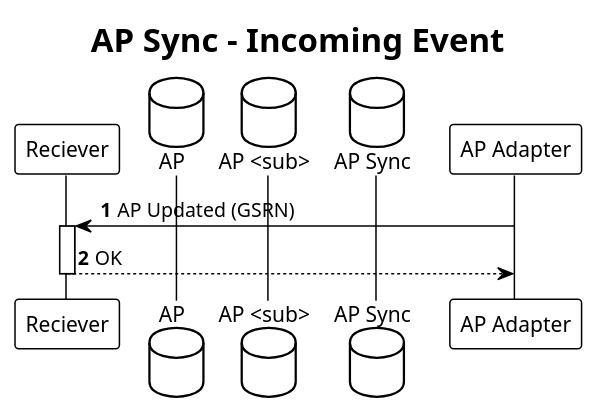
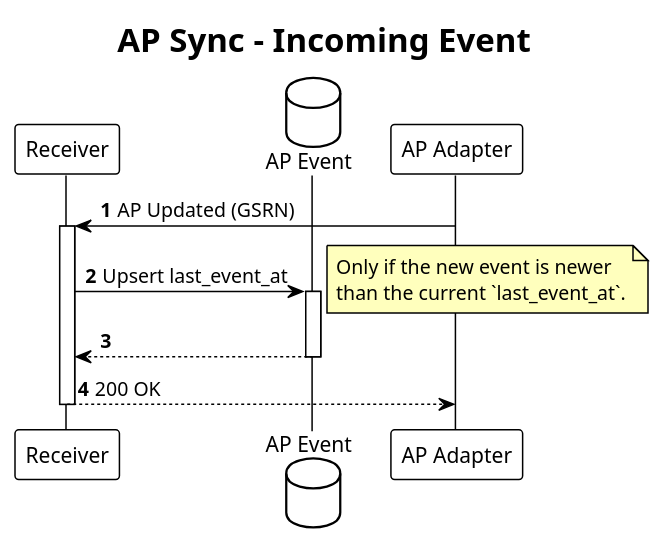
The diagram in docs/diagrams/accounting-point-sync-incoming-event.plantuml (elhub/flex-information-system), drawn with PlantUML before and after one commit. The commit also changed 9 other files, not shown here.

```diff
--- a/docs/diagrams/accounting-point-sync-incoming-event.plantuml
+++ b/docs/diagrams/accounting-point-sync-incoming-event.plantuml
@@ -1,21 +1,28 @@
 @startuml accounting-point-sync-incoming-event
 !theme plain
 
 title AP Sync - Incoming Event
 
 autonumber
 autoactivate on
 skinparam note {
     BackgroundColor #FFFFBD
 }
 
-participant "Reciever" as REC
-database "AP" as AP
-database "AP <sub>" as APSUB
-database "AP Sync" as APS
+participant "Receiver" as REC
+database "AP Event" as APE
 participant "AP Adapter" as APA
 
 APA -> REC: AP Updated (GSRN)
-return OK
+
+REC -> APE: Upsert last_event_at
+note right
+    Only if the new event is newer
+    than the current `last_event_at`.
+end note
+return
+
+REC --> APA: 200 OK
+
 
 @enduml
```
